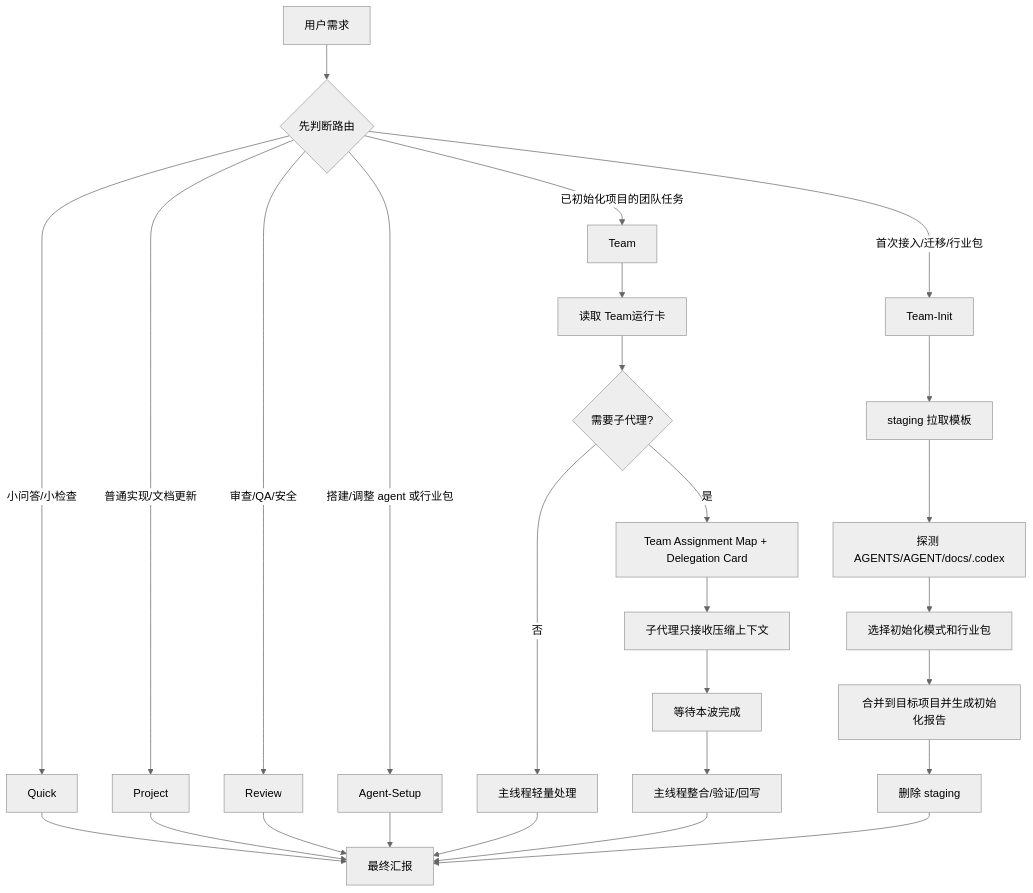
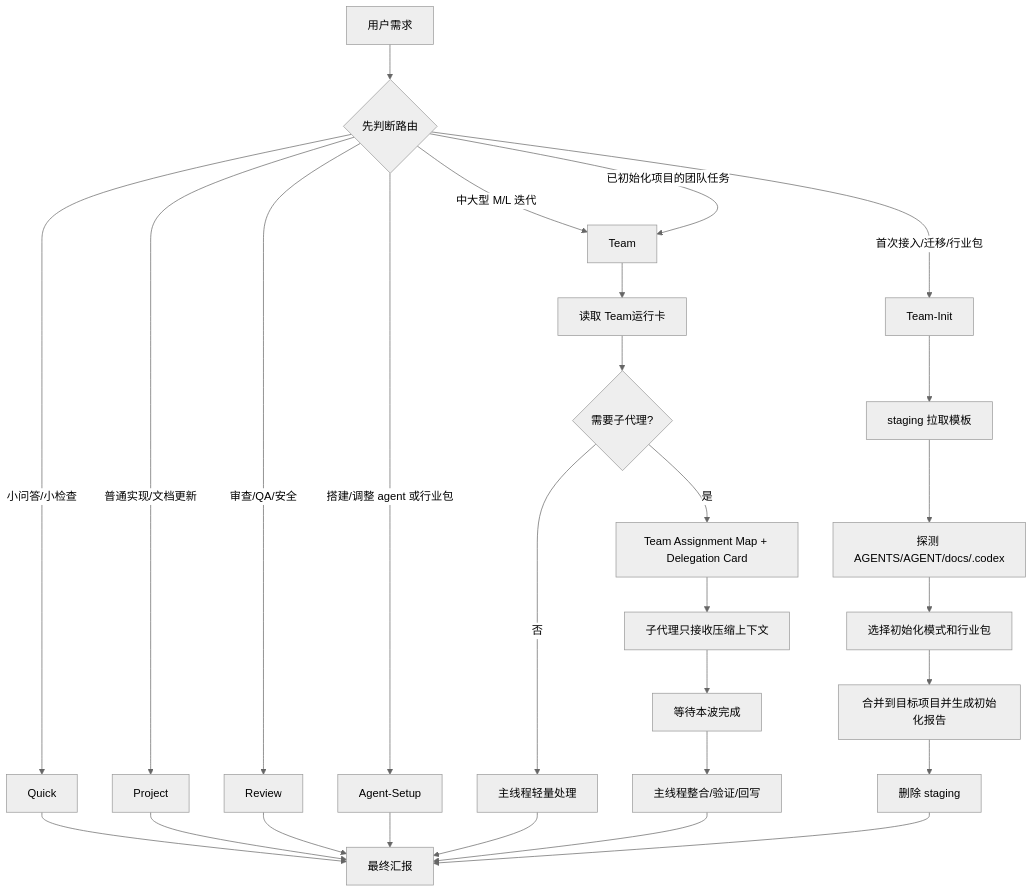
The diagram in README.md (ZainDarcy/codex-team-kit-router), drawn with Mermaid (neutral theme) before and after one commit. The commit also changed other lines of this file and 9 other files, not shown here.

````diff
--- a/README.md
+++ b/README.md
@@ -84,32 +86,33 @@
 ```mermaid
 flowchart TD
     A["用户需求"] --> B{"先判断路由"}
     B -->|"小问答/小检查"| Q["Quick"]
     B -->|"普通实现/文档更新"| P["Project"]
+    B -->|"中大型 M/L 迭代"| T
     B -->|"首次接入/迁移/行业包"| I["Team-Init"]
     B -->|"已初始化项目的团队任务"| T["Team"]
     B -->|"审查/QA/安全"| R["Review"]
     B -->|"搭建/调整 agent 或行业包"| S["Agent-Setup"]
 
     I --> I1["staging 拉取模板"]
     I1 --> I2["探测 AGENTS/AGENT/docs/.codex"]
     I2 --> I3["选择初始化模式和行业包"]
     I3 --> I4["合并到目标项目并生成初始化报告"]
     I4 --> I5["删除 staging"]
 
     T --> T1["读取 Team运行卡"]
     T1 --> T2{"需要子代理?"}
     T2 -->|"否"| T3["主线程轻量处理"]
     T2 -->|"是"| T4["Team Assignment Map + Delegation Card"]
     T4 --> T5["子代理只接收压缩上下文"]
     T5 --> T6["等待本波完成"]
     T6 --> T7["主线程整合/验证/回写"]
 
     Q --> Z["最终汇报"]
     P --> Z
     R --> Z
     S --> Z
     T3 --> Z
     T7 --> Z
     I5 --> Z
 ```
````
